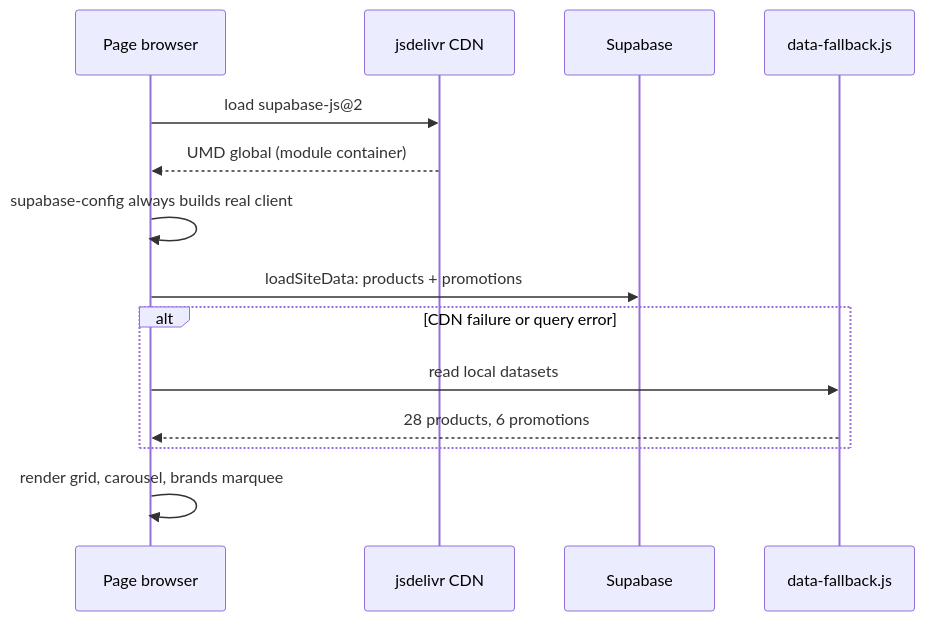
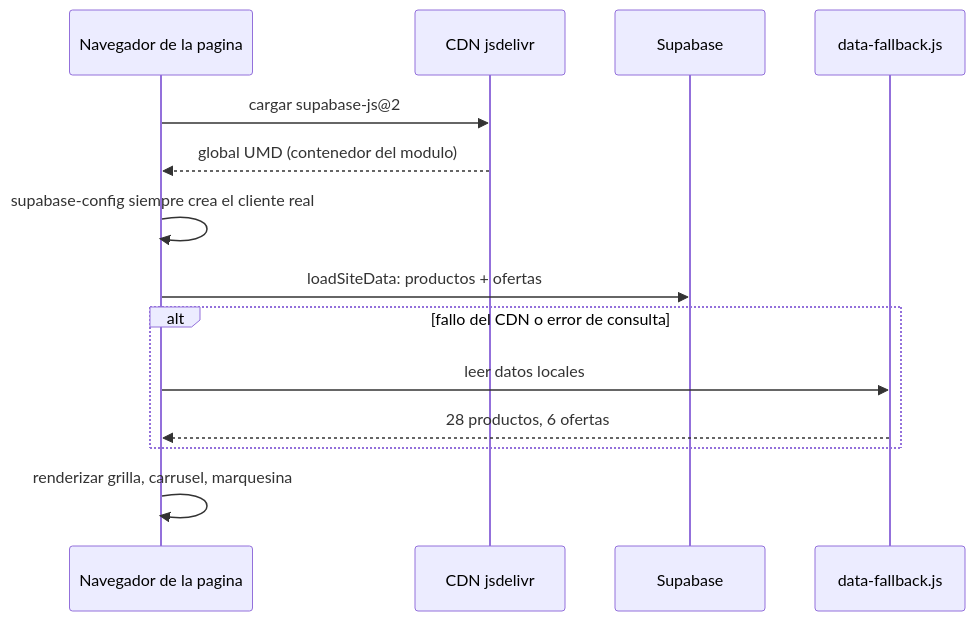
Before and after one commit to lacp130688-cpu/lasolutions-website: the fifth of 7 diagrams in docs/diagrams.md, drawn with Mermaid. The commit also changed other lines of this file, not shown here.

First line of the commit message:
docs: diagramas de arquitectura en espanol

````diff
--- a/docs/diagrams.md
+++ b/docs/diagrams.md
@@ -164,16 +164,16 @@
 ```mermaid
 sequenceDiagram
-  participant Page as Page browser
-  participant CDN as jsdelivr CDN
+  participant Page as Navegador de la pagina
+  participant CDN as CDN jsdelivr
   participant SB as Supabase
   participant FB as data-fallback.js
-  Page->>CDN: load supabase-js@2
-  CDN-->>Page: UMD global (module container)
-  Page->>Page: supabase-config always builds real client
-  Page->>SB: loadSiteData: products + promotions
-  alt CDN failure or query error
-    Page->>FB: read local datasets
-    FB-->>Page: 28 products, 6 promotions
+  Page->>CDN: cargar supabase-js@2
+  CDN-->>Page: global UMD (contenedor del modulo)
+  Page->>Page: supabase-config siempre crea el cliente real
+  Page->>SB: loadSiteData: productos + ofertas
+  alt fallo del CDN o error de consulta
+    Page->>FB: leer datos locales
+    FB-->>Page: 28 productos, 6 ofertas
   end
-  Page->>Page: render grid, carousel, brands marquee
+  Page->>Page: renderizar grilla, carrusel, marquesina
 ```
````
